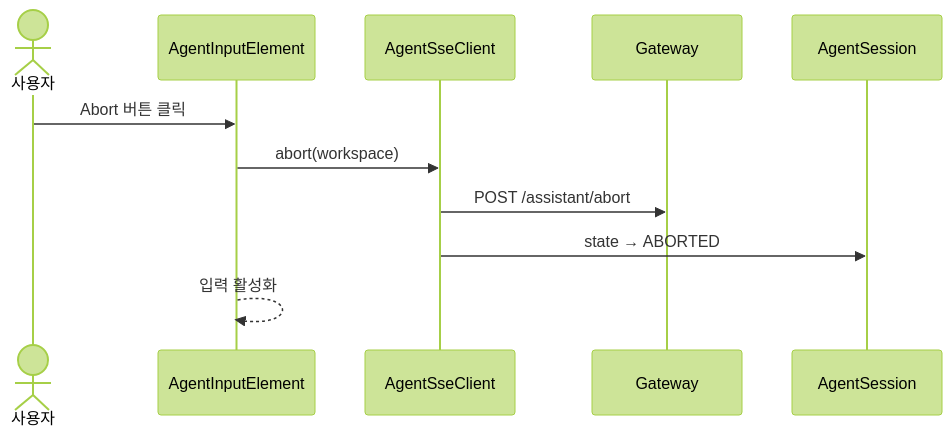
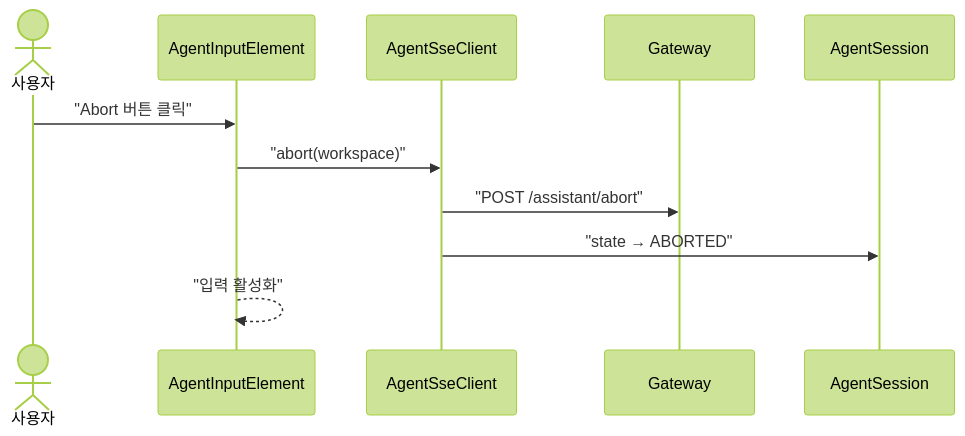
One commit to sayaya1090/handbook changed the third of 6 diagrams in agent-ui/USECASE.md. Above: the diagram before and after it, drawn with Mermaid (forest theme). The commit also changed other lines of this file and 22 other files, not shown here.

First line of the commit message:
docs: Mermaid 다이어그램 렌더링 오류 수정을 위한 구문 전수 교정

````diff
--- a/agent-ui/USECASE.md
+++ b/agent-ui/USECASE.md
@@ -73,14 +73,14 @@
 ```mermaid
 sequenceDiagram
     actor User as 사용자
     participant Input as AgentInputElement
     participant Client as AgentSseClient
     participant GW as Gateway
     participant Session as AgentSession
 
-    User->>Input: Abort 버튼 클릭
-    Input->>Client: abort(workspace)
-    Client->>GW: POST /assistant/abort
-    Client->>Session: state → ABORTED
-    Input-->>Input: 입력 활성화
+    User->>Input: "Abort 버튼 클릭"
+    Input->>Client: "abort(workspace)"
+    Client->>GW: "POST /assistant/abort"
+    Client->>Session: "state → ABORTED"
+    Input-->>Input: "입력 활성화"
 ```
````
